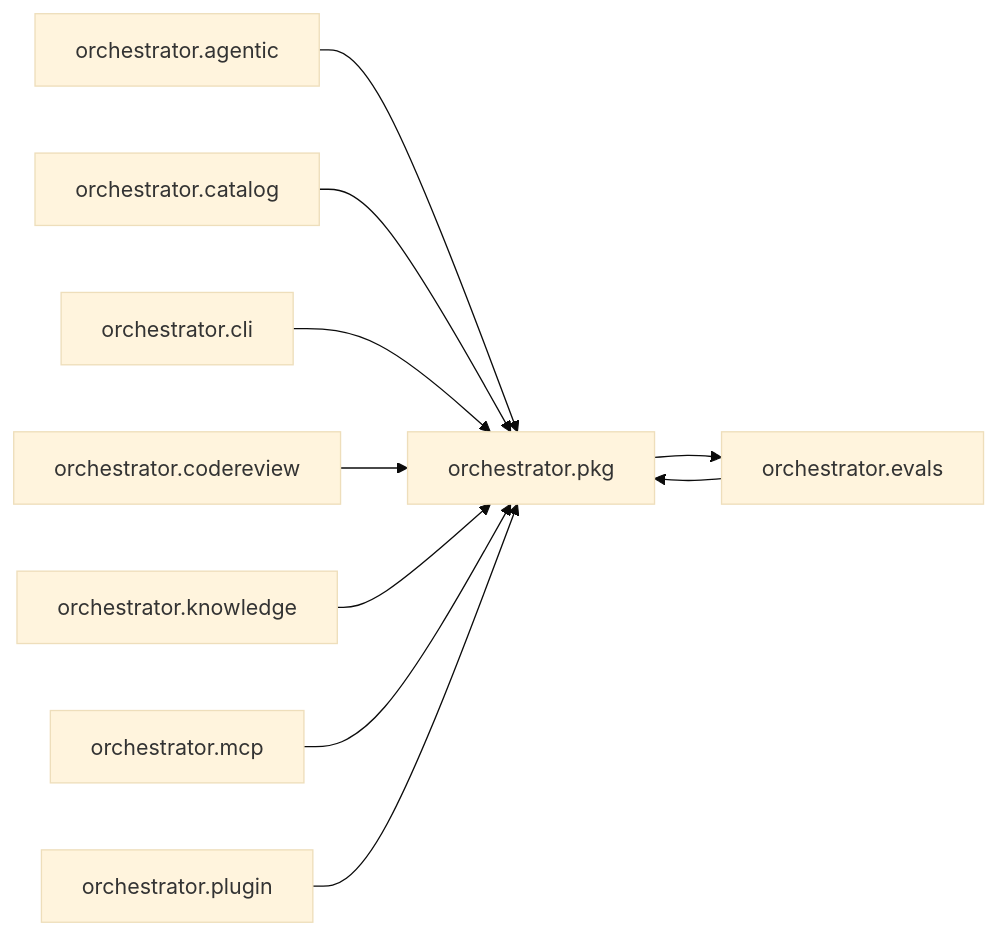
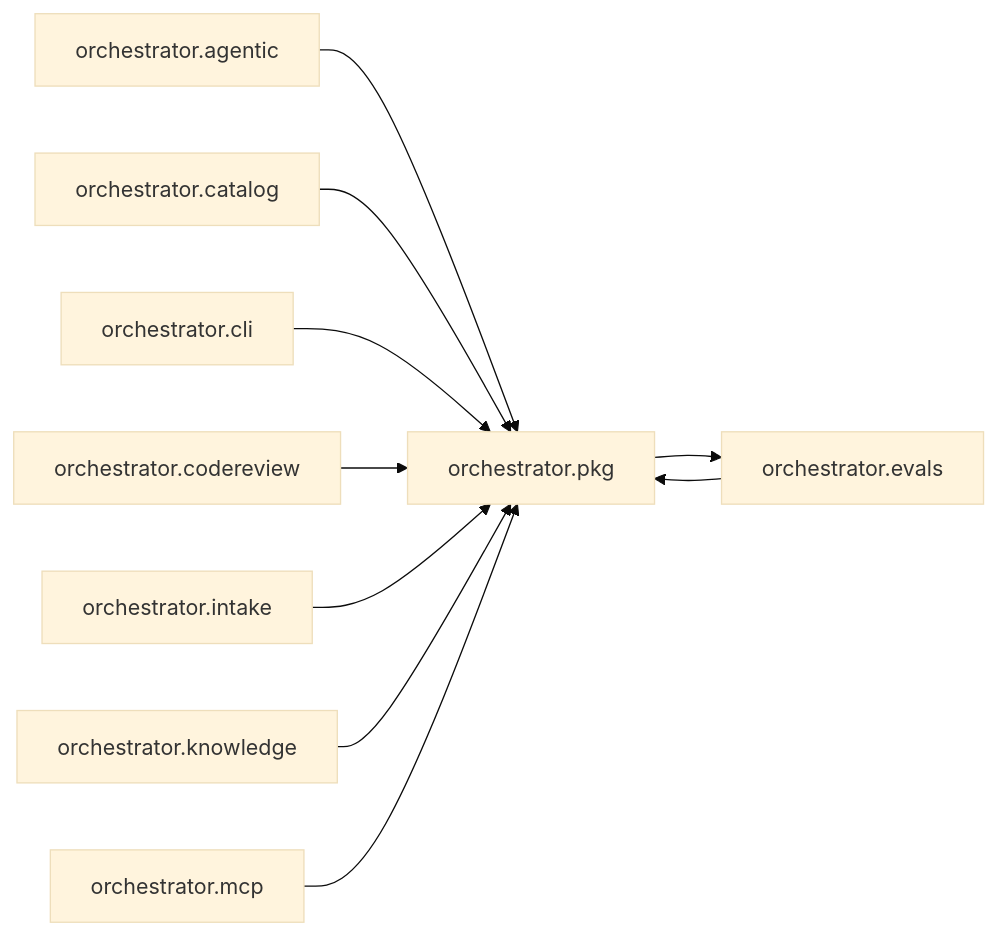
One commit to palakupadhyay23/spine changed the diagram in episteme/areas/orchestrator.pkg.md. Above: the diagram before and after it, drawn with Mermaid (base theme). The commit also changed other lines of this file and 38 other files, not shown here.

````diff
--- a/episteme/areas/orchestrator.pkg.md
+++ b/episteme/areas/orchestrator.pkg.md
@@ -8,21 +8,21 @@
 ```mermaid
 flowchart LR
   n0["orchestrator.pkg"]
   n1["orchestrator.agentic"]
   n2["orchestrator.catalog"]
   n3["orchestrator.cli"]
   n4["orchestrator.codereview"]
   n5["orchestrator.evals"]
-  n6["orchestrator.knowledge"]
-  n7["orchestrator.mcp"]
-  n8["orchestrator.plugin"]
+  n6["orchestrator.intake"]
+  n7["orchestrator.knowledge"]
+  n8["orchestrator.mcp"]
   n1 --> n0
   n2 --> n0
   n3 --> n0
   n4 --> n0
   n5 --> n0
   n6 --> n0
   n7 --> n0
   n8 --> n0
   n0 --> n5
 ```
````
